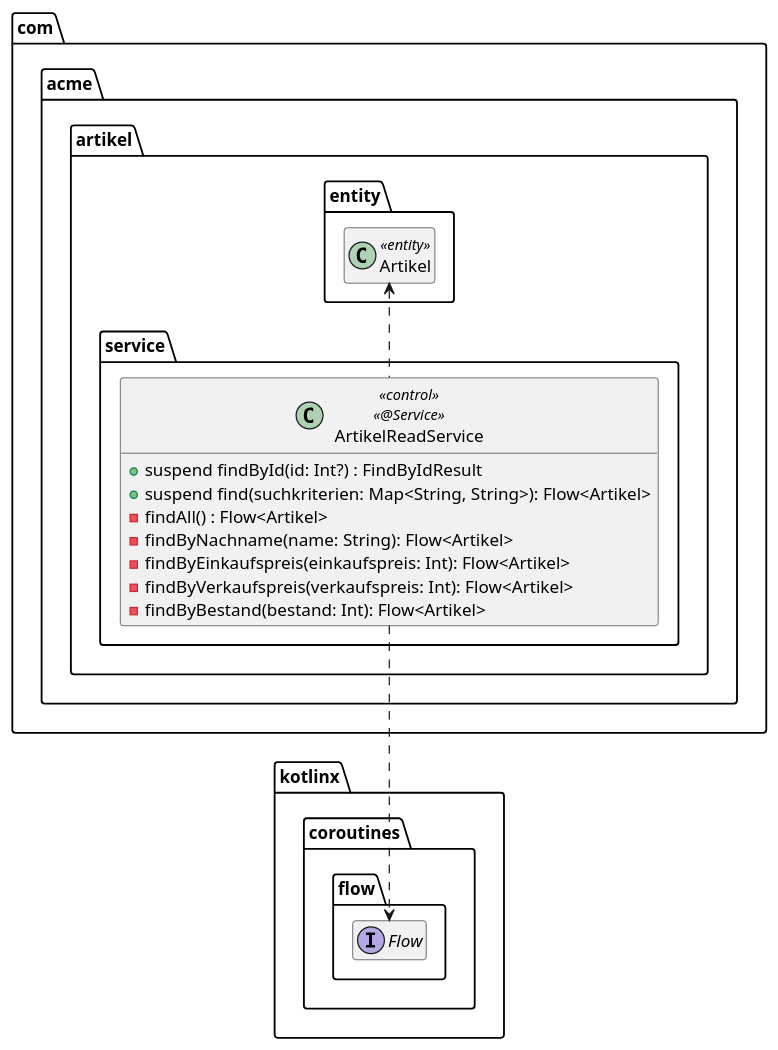
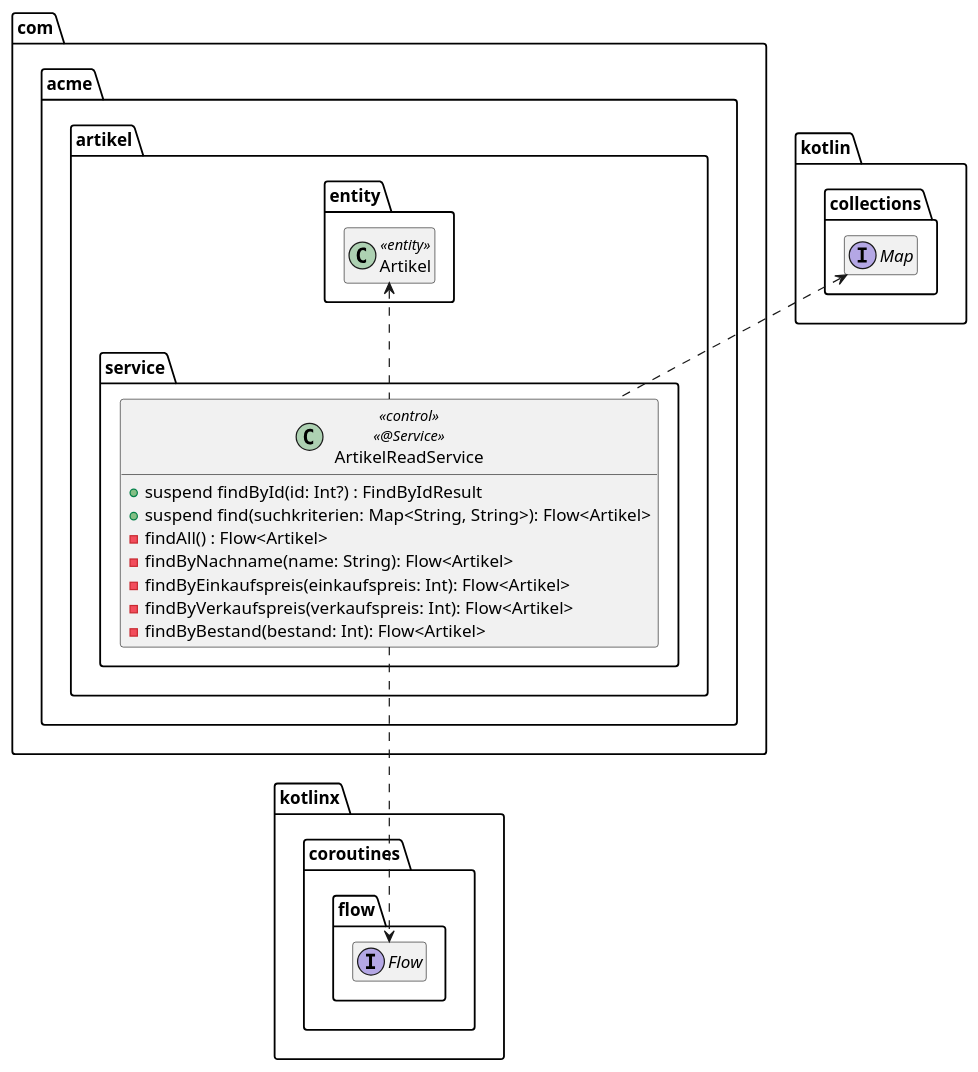
One commit to AlexanderStecknitz/Softwarearchitektur-Springframework changed the diagram in extras/doc/ArtikelReadService.puml. Above: the diagram before and after it, drawn with PlantUML. The commit also changed 1 other file, not shown here.

```diff
--- a/extras/doc/ArtikelReadService.puml
+++ b/extras/doc/ArtikelReadService.puml
@@ -1,27 +1,32 @@
 @startuml
 package kotlinx.coroutines.flow {
     interface Flow
+}
+
+package kotlin.collections {
+    interface Map
 }
 
 package com.acme.artikel {
     package entity {
         class Artikel << entity >>
     }
 
     package service {
         class ArtikelReadService << control >> << @Service >> {
             + suspend findById(id: Int?) : FindByIdResult
             + suspend find(suchkriterien: Map<String, String>): Flow<Artikel>
             - findAll() : Flow<Artikel>
             - findByNachname(name: String): Flow<Artikel>
             - findByEinkaufspreis(einkaufspreis: Int): Flow<Artikel>
             - findByVerkaufspreis(verkaufspreis: Int): Flow<Artikel>
             - findByBestand(bestand: Int): Flow<Artikel>
         }
 
         ArtikelReadService .up.> Artikel
         ArtikelReadService ..> Flow
+        ArtikelReadService .up.> Map
     }
 }
 hide empty members
 @enduml
```
